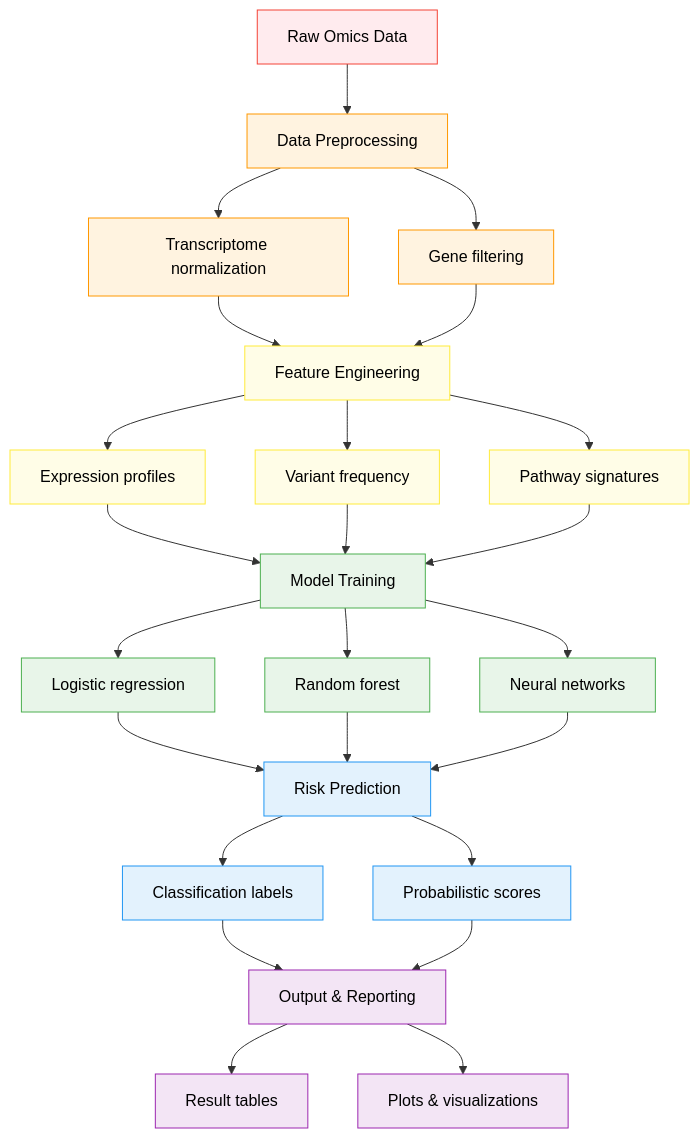
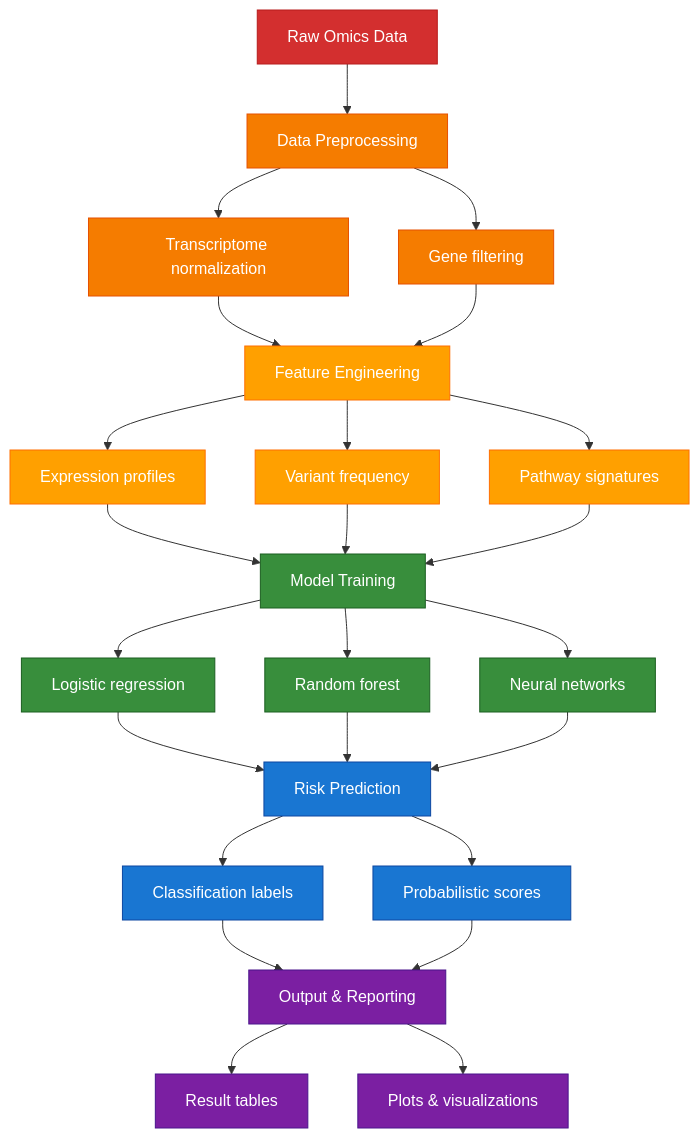
Before and after one commit to Aridoge13/Kabosu: the diagram in README.md, drawn with Mermaid.

````diff
--- a/README.md
+++ b/README.md
@@ -26,50 +26,50 @@
 ```mermaid
 flowchart TD
     A[Raw Omics Data] --> B[Data Preprocessing]
     B --> C[Transcriptome normalization]
     B --> D[Gene filtering]
     
     C --> E[Feature Engineering]
     D --> E
     E --> F[Expression profiles]
     E --> G[Variant frequency]
     E --> H[Pathway signatures]
     
     F --> I[Model Training]
     G --> I
     H --> I
     I --> J[Logistic regression]
     I --> K[Random forest]
     I --> L[Neural networks]
     
     J --> M[Risk Prediction]
     K --> M
     L --> M
     M --> N[Classification labels]
     M --> O[Probabilistic scores]
     
     N --> P[Output & Reporting]
     O --> P
     P --> Q[Result tables]
     P --> R[Plots & visualizations]
 
 %% Color definitions (must be at the end, no inline comments)
-    style A fill:#ffebee,stroke:#f44336,color:#000000
-    style B fill:#fff3e0,stroke:#ff9800,color:#000000
-    style C fill:#fff3e0,stroke:#ff9800,color:#000000
-    style D fill:#fff3e0,stroke:#ff9800,color:#000000
-    style E fill:#fffde7,stroke:#ffeb3b,color:#000000
-    style F fill:#fffde7,stroke:#ffeb3b,color:#000000
-    style G fill:#fffde7,stroke:#ffeb3b,color:#000000
-    style H fill:#fffde7,stroke:#ffeb3b,color:#000000
-    style I fill:#e8f5e9,stroke:#4caf50,color:#000000
-    style J fill:#e8f5e9,stroke:#4caf50,color:#000000
-    style K fill:#e8f5e9,stroke:#4caf50,color:#000000
-    style L fill:#e8f5e9,stroke:#4caf50,color:#000000
-    style M fill:#e3f2fd,stroke:#2196f3,color:#000000
-    style N fill:#e3f2fd,stroke:#2196f3,color:#000000
-    style O fill:#e3f2fd,stroke:#2196f3,color:#000000
-    style P fill:#f3e5f5,stroke:#9c27b0,color:#000000
-    style Q fill:#f3e5f5,stroke:#9c27b0,color:#000000
-    style R fill:#f3e5f5,stroke:#9c27b0,color:#000000
+    style A fill:#d32f2f,stroke:#b71c1c,color:#ffffff
+    style B fill:#f57c00,stroke:#e65100,color:#ffffff
+    style C fill:#f57c00,stroke:#e65100,color:#ffffff
+    style D fill:#f57c00,stroke:#e65100,color:#ffffff
+    style E fill:#ffa000,stroke:#ff6f00,color:#ffffff
+    style F fill:#ffa000,stroke:#ff6f00,color:#ffffff
+    style G fill:#ffa000,stroke:#ff6f00,color:#ffffff
+    style H fill:#ffa000,stroke:#ff6f00,color:#ffffff
+    style I fill:#388e3c,stroke:#1b5e20,color:#ffffff
+    style J fill:#388e3c,stroke:#1b5e20,color:#ffffff
+    style K fill:#388e3c,stroke:#1b5e20,color:#ffffff
+    style L fill:#388e3c,stroke:#1b5e20,color:#ffffff
+    style M fill:#1976d2,stroke:#0d47a1,color:#ffffff
+    style N fill:#1976d2,stroke:#0d47a1,color:#ffffff
+    style O fill:#1976d2,stroke:#0d47a1,color:#ffffff
+    style P fill:#7b1fa2,stroke:#4a148c,color:#ffffff
+    style Q fill:#7b1fa2,stroke:#4a148c,color:#ffffff
+    style R fill:#7b1fa2,stroke:#4a148c,color:#ffffff
 ```
````
